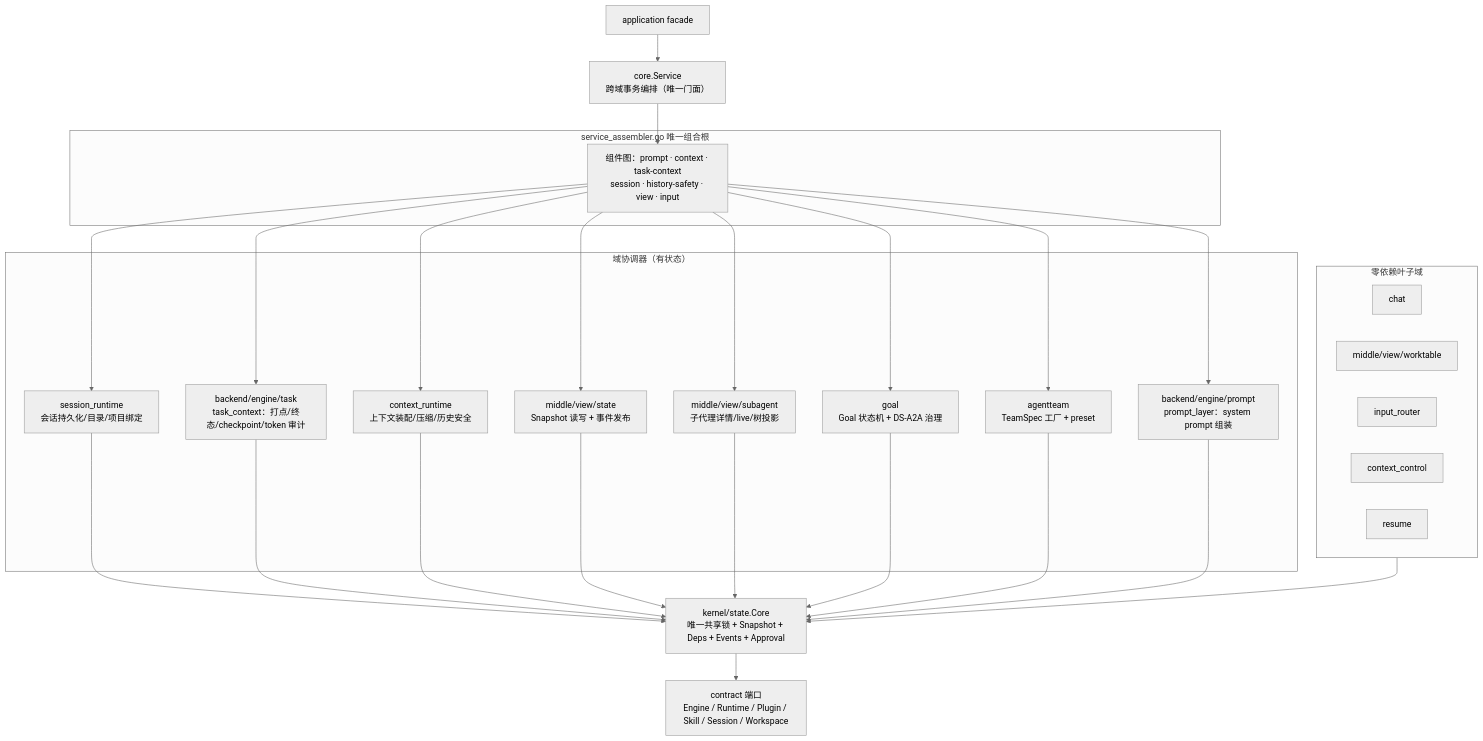
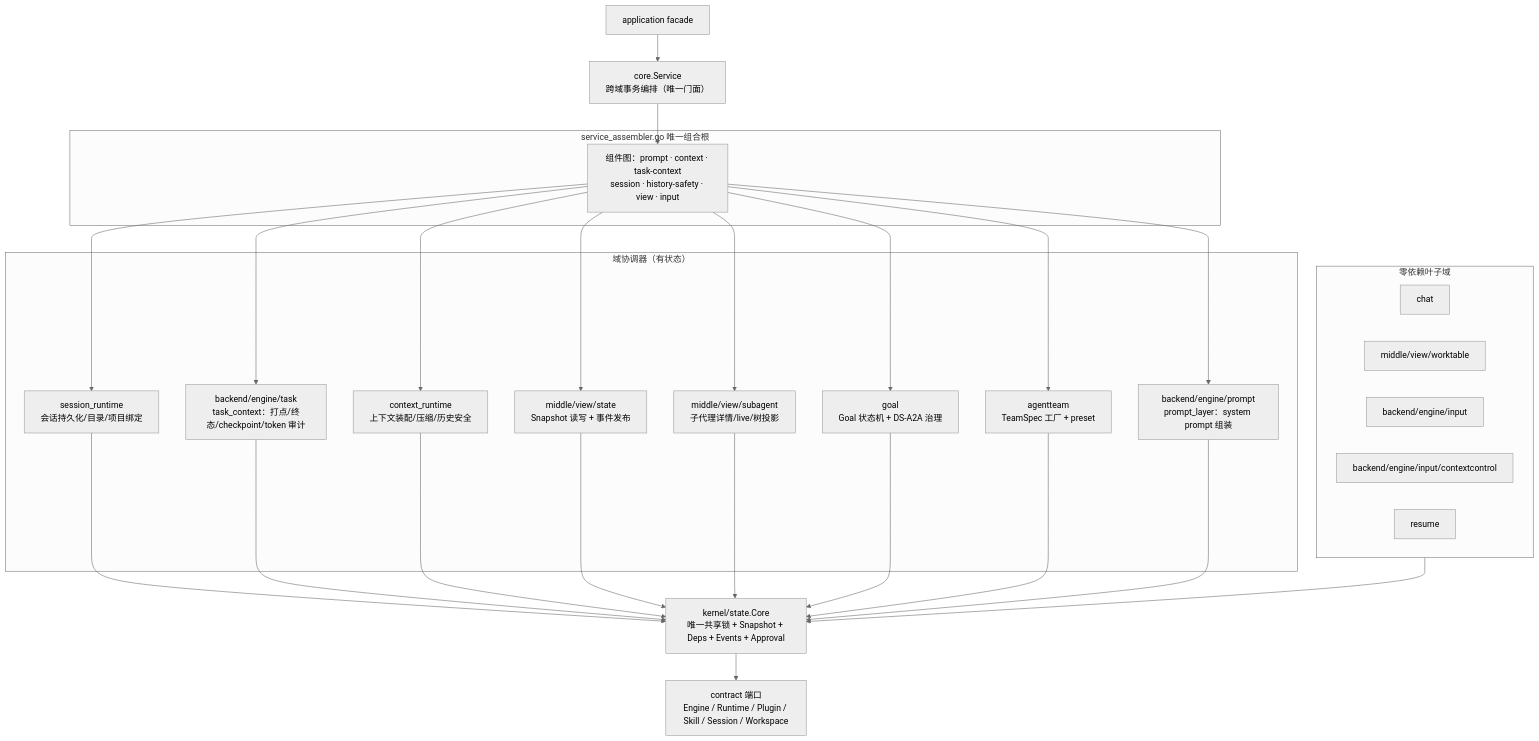
Before and after one commit to RedHuang-0622/seelex: the first of 4 diagrams in application/core/README.md, drawn with Mermaid (neutral theme). The commit also changed other lines of this file and 17 other files, not shown here.

````diff
--- a/application/core/README.md
+++ b/application/core/README.md
@@ -41,51 +43,51 @@
 ```mermaid
 flowchart TB
     FACADE["application facade"] --> SVC["core.Service<br/>跨域事务编排（唯一门面）"]
 
     subgraph ASSEMBLER["service_assembler.go 唯一组合根"]
         COMP["组件图：prompt · context · task-context<br/>session · history-safety · view · input"]
     end
 
     SVC --> COMP
 
     subgraph DOMAIN["域协调器（有状态）"]
         SR["session_runtime<br/>会话持久化/目录/项目绑定"]
         TC["backend/engine/task<br/>task_context：打点/终态/checkpoint/token 审计"]
         CR["context_runtime<br/>上下文装配/压缩/历史安全"]
         VS["middle/view/state<br/>Snapshot 读写 + 事件发布"]
         SV["middle/view/subagent<br/>子代理详情/live/树投影"]
         GOAL["goal<br/>Goal 状态机 + DS-A2A 治理"]
         TEAM["agentteam<br/>TeamSpec 工厂 + preset"]
         PL["backend/engine/prompt<br/>prompt_layer：system prompt 组装"]
     end
 
     subgraph LEAF["零依赖叶子域"]
         CHAT["chat"]
         WT["middle/view/worktable"]
-        IR["input_router"]
-        CC["context_control"]
+        IR["backend/engine/input"]
+        CC["backend/engine/input/contextcontrol"]
         RES["resume"]
     end
 
     ST["kernel/state.Core<br/>唯一共享锁 + Snapshot + Deps + Events + Approval"]
     PORTS["contract 端口<br/>Engine / Runtime / Plugin / Skill / Session / Workspace"]
 
     COMP --> SR
     COMP --> TC
     COMP --> CR
     COMP --> VS
     COMP --> SV
     COMP --> GOAL
     COMP --> TEAM
     COMP --> PL
     SR --> ST
     TC --> ST
     CR --> ST
     VS --> ST
     SV --> ST
     GOAL --> ST
     TEAM --> ST
     PL --> ST
     LEAF --> ST
     ST --> PORTS
 ```
````
